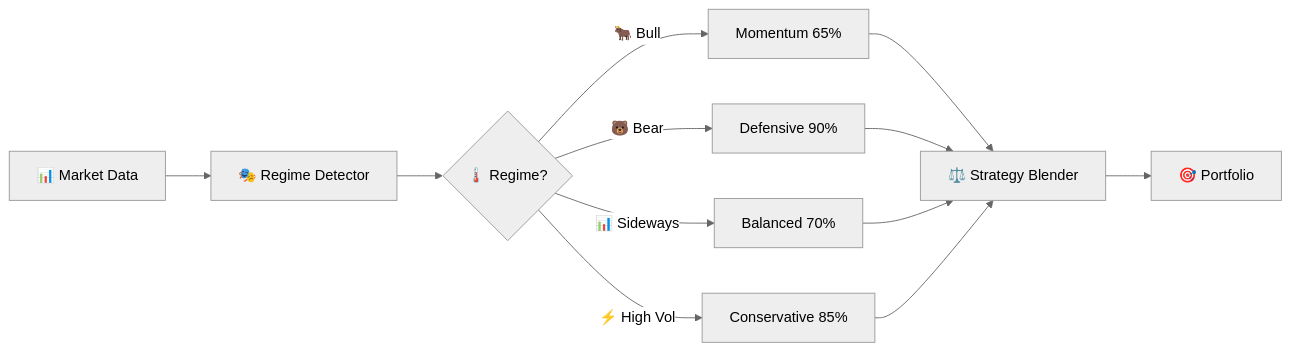
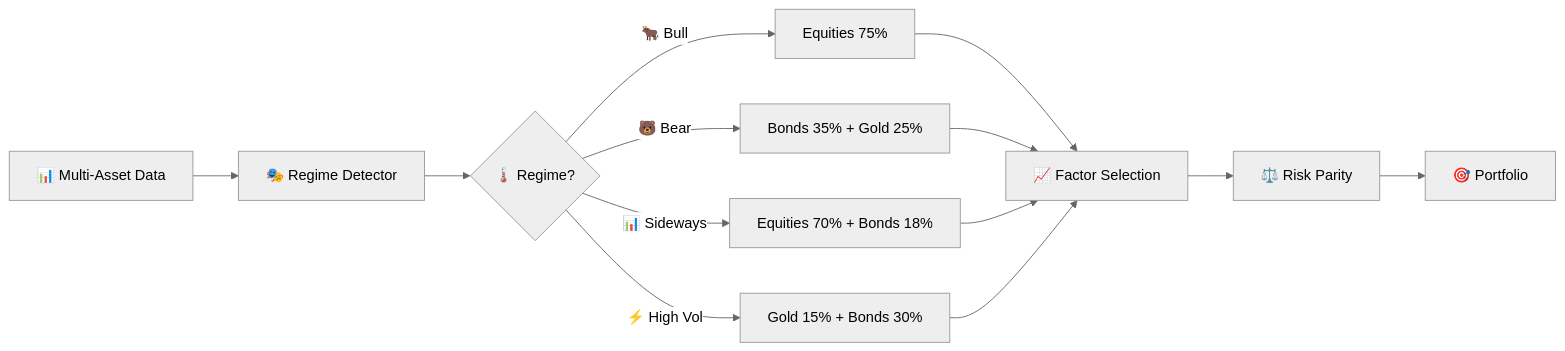
The first of 7 diagrams in README.md (blackms/FinRL-Adaptive), drawn with Mermaid (neutral theme) before and after one commit. The commit also changed other lines of this file and 3 other files, not shown here.

````diff
--- a/README.md
+++ b/README.md
@@ -156,11 +160,12 @@
 ```mermaid
 flowchart LR
-    A[📊 Market Data] --> B[🎭 Regime Detector]
+    A[📊 Multi-Asset Data] --> B[🎭 Regime Detector]
     B --> C{🌡️ Regime?}
-    C -->|🐂 Bull| D[Momentum 65%]
-    C -->|🐻 Bear| E[Defensive 90%]
-    C -->|📊 Sideways| F[Balanced 70%]
-    C -->|⚡ High Vol| G[Conservative 85%]
-    D & E & F & G --> H[⚖️ Strategy Blender]
-    H --> I[🎯 Portfolio]
+    C -->|🐂 Bull| D[Equities 75%]
+    C -->|🐻 Bear| E[Bonds 35% + Gold 25%]
+    C -->|📊 Sideways| F[Equities 70% + Bonds 18%]
+    C -->|⚡ High Vol| G[Gold 15% + Bonds 30%]
+    D & E & F & G --> H[📈 Factor Selection]
+    H --> I[⚖️ Risk Parity]
+    I --> J[🎯 Portfolio]
 ```
````
